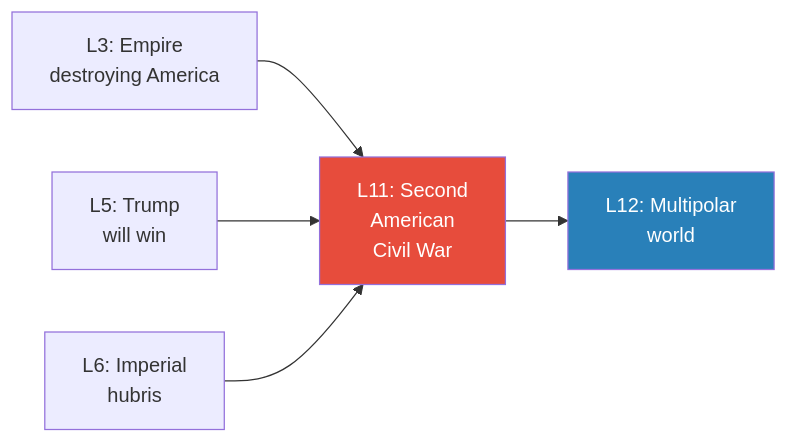
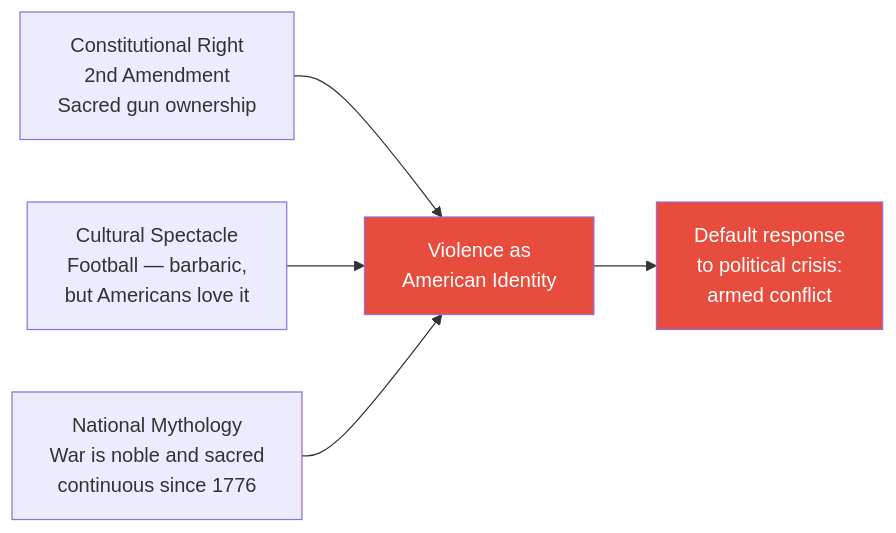
One commit to alius33/reader changed the first of 9 diagrams in summaries/Lectures/Geo-Strategy/11 - The Second American Civil War.md. Above: the diagram before and after it, drawn with Mermaid. The commit also changed other lines of this file and 26 other files, not shown here.

````diff
--- a/summaries/Lectures/Geo-Strategy/11 - The Second American Civil War.md
+++ b/summaries/Lectures/Geo-Strategy/11 - The Second American Civil War.md
@@ -28,14 +58,9 @@
 ```mermaid
 flowchart LR
-    L3["L3: Empire<br/>destroying America"]
-    L5["L5: Trump<br/>will win"]
-    L6["L6: Imperial<br/>hubris"]
-    L11["L11: Second<br/>American<br/>Civil War"]
-    L12["L12: Multipolar<br/>world"]
-    L3 --> L11
-    L5 --> L11
-    L6 --> L11
-    L11 --> L12
-    style L11 fill:#e74c3c,color:#fff
-    style L12 fill:#2980b9,color:#fff
+    A["Constitutional Right<br/>2nd Amendment<br/>Sacred gun ownership"] --> V["Violence as<br/>American Identity"]
+    B["Cultural Spectacle<br/>Football — barbaric,<br/>but Americans love it"] --> V
+    C["National Mythology<br/>War is noble and sacred<br/>continuous since 1776"] --> V
+    V --> D["Default response<br/>to political crisis:<br/>armed conflict"]
+    style V fill:#e74c3c,color:#fff
+    style D fill:#e74c3c,color:#fff
 ```
````
